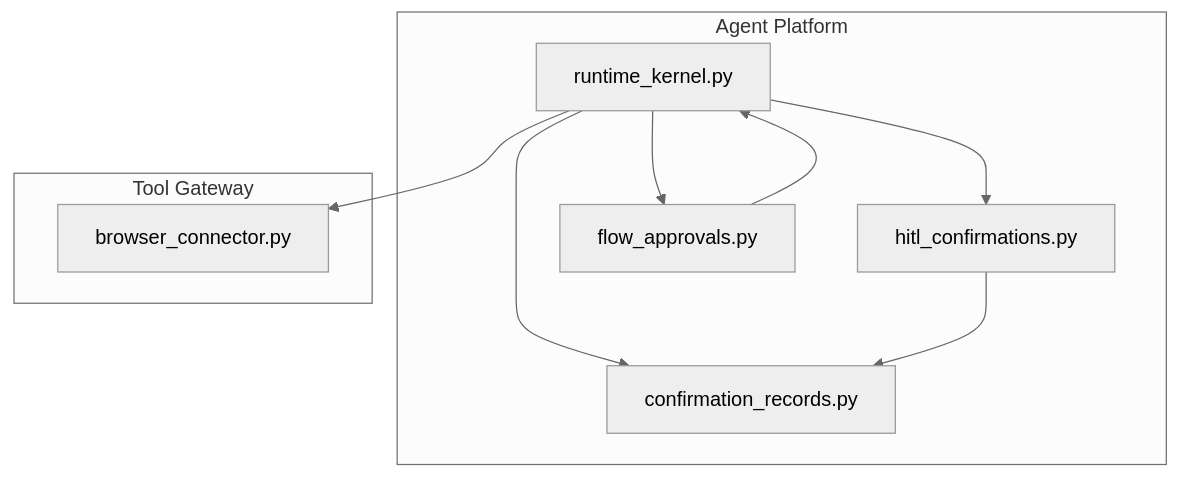
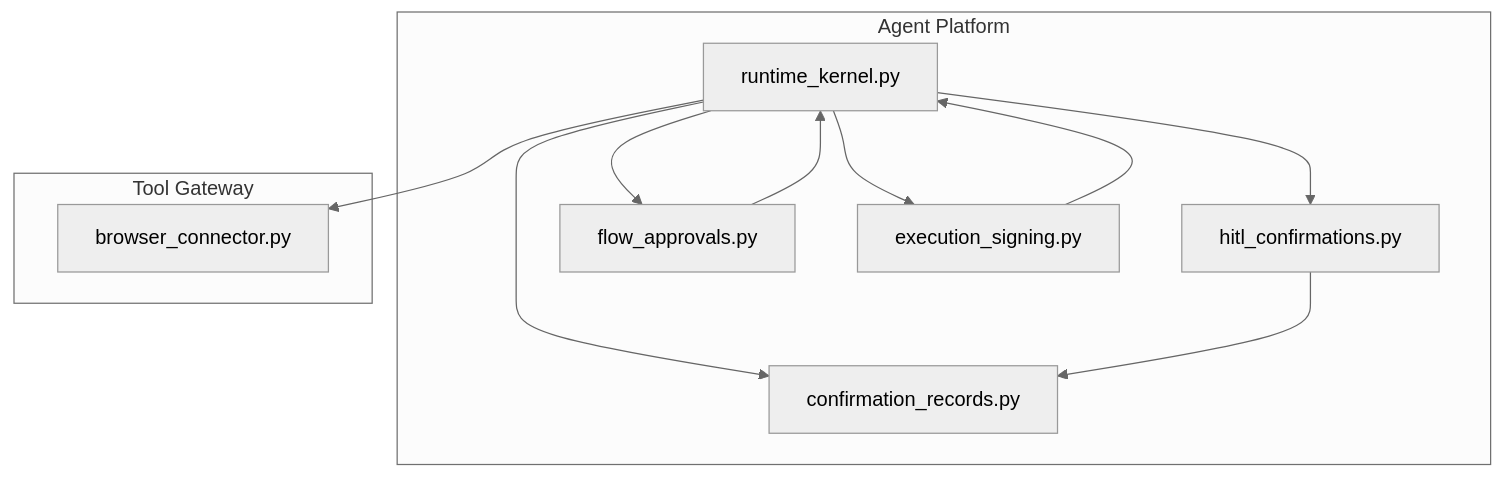
Before and after one commit to metasync/luban-aiops: the first of 8 diagrams in .qoder/repowiki/en/content/Architecture Documentation/SPEC-054_ Action-Level Approval and Change Request Card.md, drawn with Mermaid (neutral theme). The commit also changed other lines of this file and 24 other files, not shown here.

````diff
--- a/.qoder/repowiki/en/content/Architecture Documentation/SPEC-054_ Action-Level Approval and Change Request Card.md
+++ b/.qoder/repowiki/en/content/Architecture Documentation/SPEC-054_ Action-Level Approval and Change Request Card.md
@@ -43,18 +56,21 @@
 ```mermaid
 graph TB
 subgraph "Agent Platform"
 RK["runtime_kernel.py"]
 HC["hitl_confirmations.py"]
 CR["confirmation_records.py"]
 FA["flow_approvals.py"]
+ES["execution_signing.py"]
 end
 subgraph "Tool Gateway"
 BC["browser_connector.py"]
 end
 RK --> HC
 RK --> CR
 RK --> FA
+RK --> ES
 RK --> BC
 HC --> CR
 FA --> RK
+ES --> RK
 ```
````
